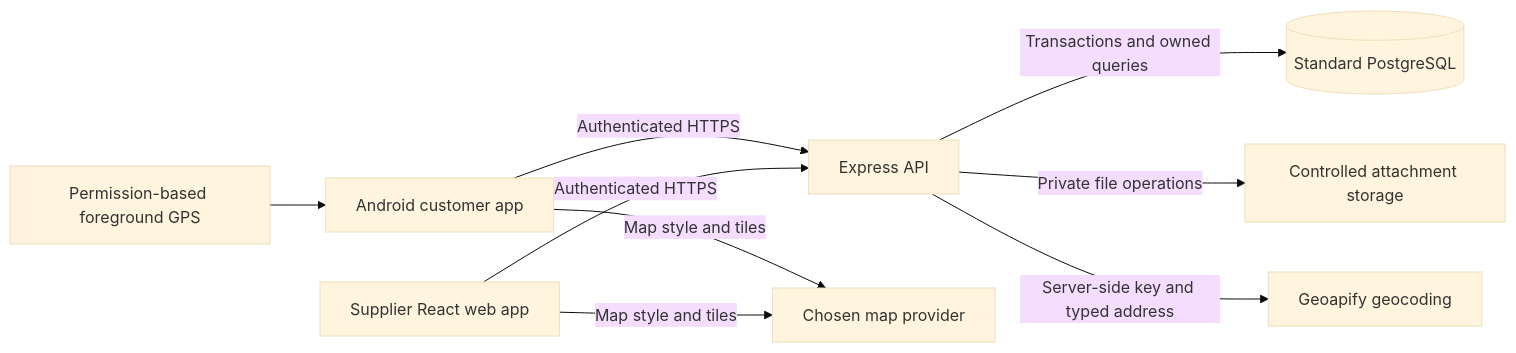
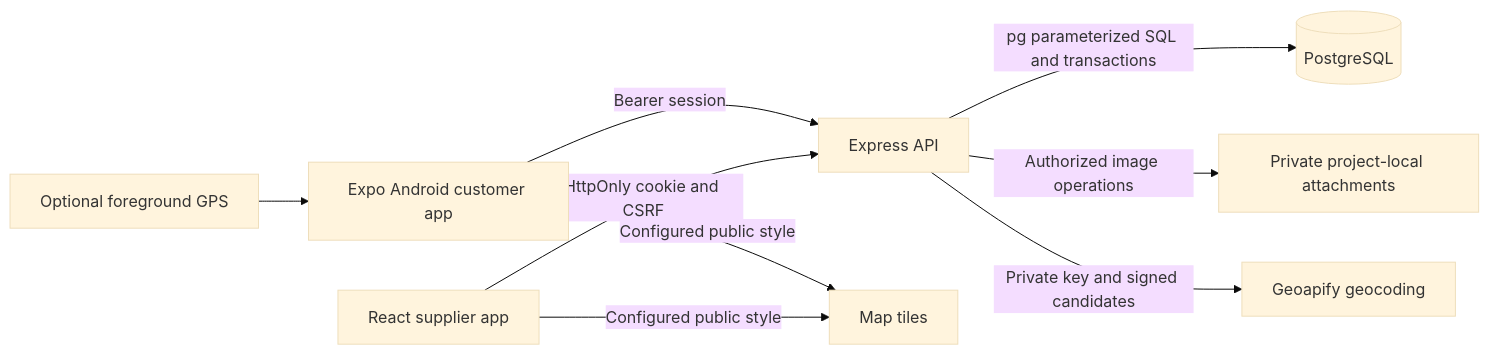
Before and after one commit to ApueXI/aqours: the diagram in docs/architecture.md, drawn with Mermaid (base theme). The commit also changed other lines of this file and 284 other files, not shown here.

````diff
--- a/docs/architecture.md
+++ b/docs/architecture.md
@@ -64,11 +24,11 @@
 ```mermaid
 flowchart LR
-    Customer[Android customer app] -->|Authenticated HTTPS| API[Express API]
-    Supplier[Supplier React web app] -->|Authenticated HTTPS| API
-    API -->|Transactions and owned queries| DB[(Standard PostgreSQL)]
-    API -->|Private file operations| Files[Controlled attachment storage]
-    API -->|Server-side key and typed address| Geoapify[Geoapify geocoding]
-    Customer -->|Map style and tiles| Tiles[Chosen map provider]
-    Supplier -->|Map style and tiles| Tiles
-    GPS[Permission-based foreground GPS] --> Customer
+    Customer[Expo Android customer app] -->|Bearer session| API[Express API]
+    Supplier[React supplier app] -->|HttpOnly cookie and CSRF| API
+    API -->|pg parameterized SQL and transactions| DB[(PostgreSQL)]
+    API -->|Authorized image operations| Files[Private project-local attachments]
+    API -->|Private key and signed candidates| Geoapify[Geoapify geocoding]
+    Customer -->|Configured public style| Tiles[Map tiles]
+    Supplier -->|Configured public style| Tiles
+    GPS[Optional foreground GPS] --> Customer
 ```
````
